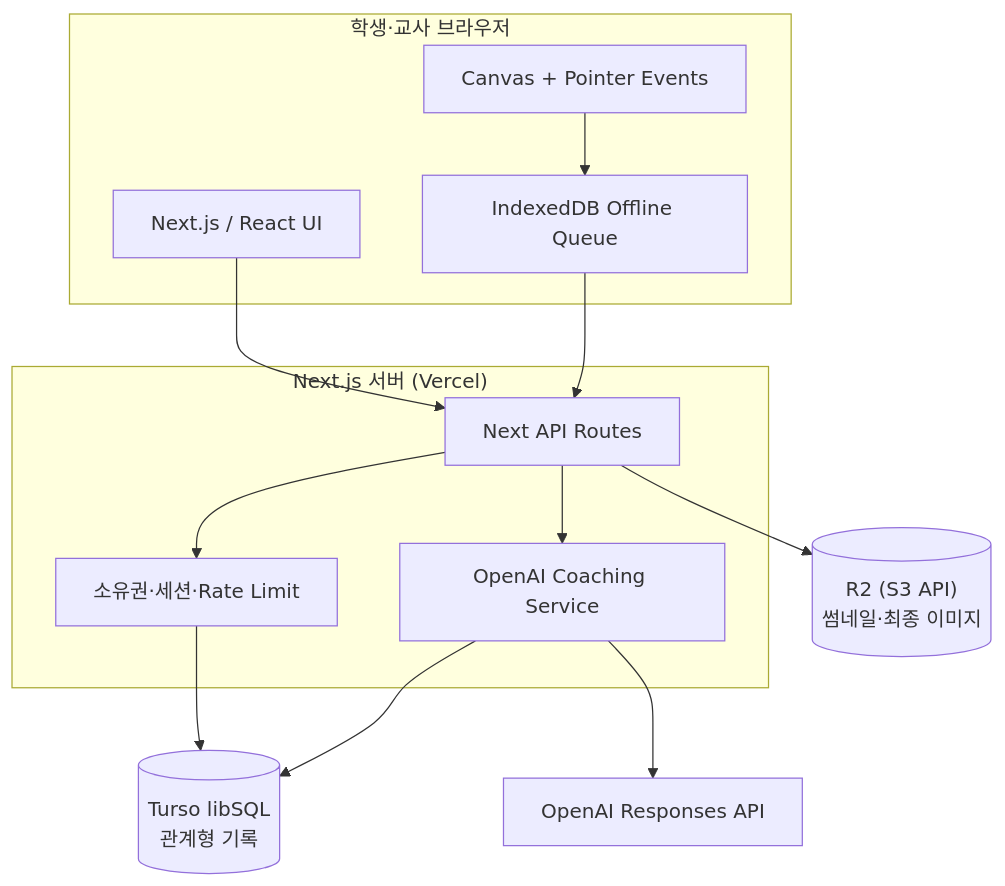
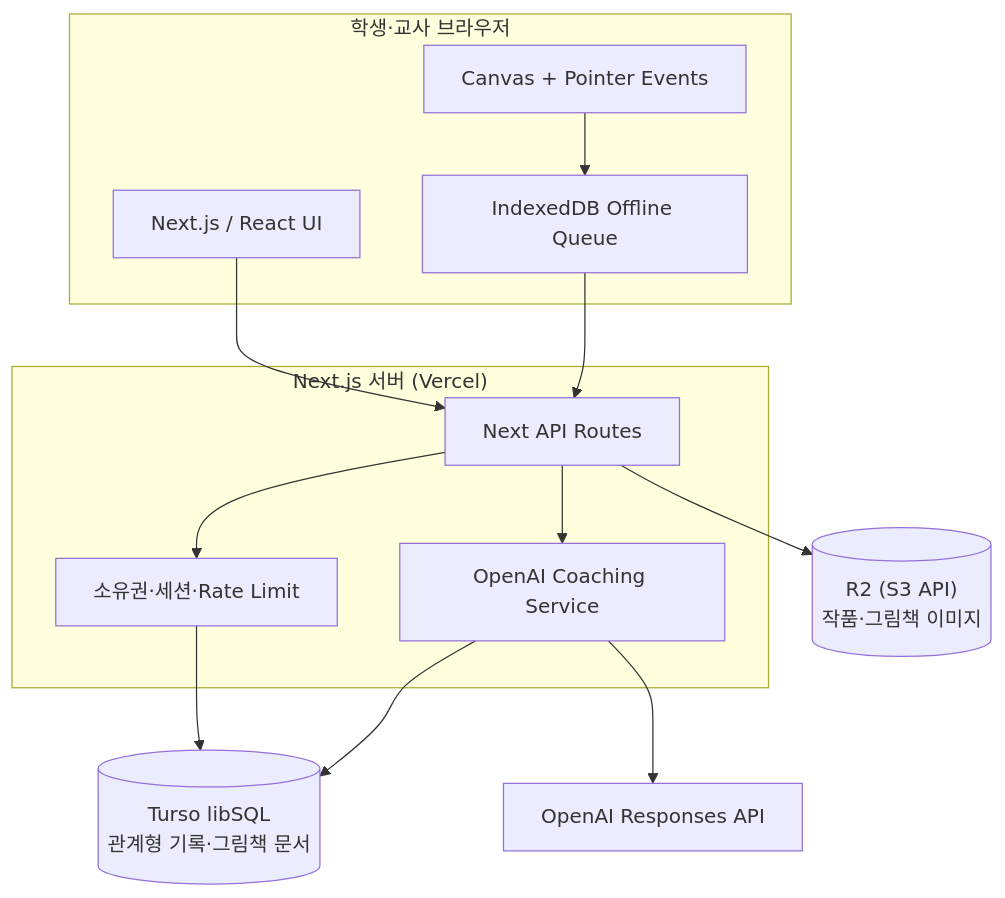
Before and after one commit to qudcks1940/wiggle_web: the second of 2 diagrams in README.md, drawn with Mermaid. The commit also changed other lines of this file and 1 other file, not shown here.

Commit message:
README에 AI 그림책 편집기 안내 추가

````diff
--- a/README.md
+++ b/README.md
@@ -215,28 +239,28 @@
 ```mermaid
 flowchart TB
     subgraph Browser["학생·교사 브라우저"]
         UI["Next.js / React UI"]
         Canvas["Canvas + Pointer Events"]
         Queue["IndexedDB Offline Queue"]
     end
 
     subgraph Server["Next.js 서버 (Vercel)"]
         Routes["Next API Routes"]
         Auth["소유권·세션·Rate Limit"]
         Coach["OpenAI Coaching Service"]
     end
 
-    DB[("Turso libSQL<br/>관계형 기록")]
-    R2[("R2 (S3 API)<br/>썸네일·최종 이미지")]
+    DB[("Turso libSQL<br/>관계형 기록·그림책 문서")]
+    R2[("R2 (S3 API)<br/>작품·그림책 이미지")]
     AI["OpenAI Responses API"]
 
     UI --> Routes
     Canvas --> Queue
     Queue --> Routes
     Routes --> Auth
     Auth --> DB
     Routes --> R2
     Routes --> Coach
     Coach --> AI
     Coach --> DB
 ```
````
